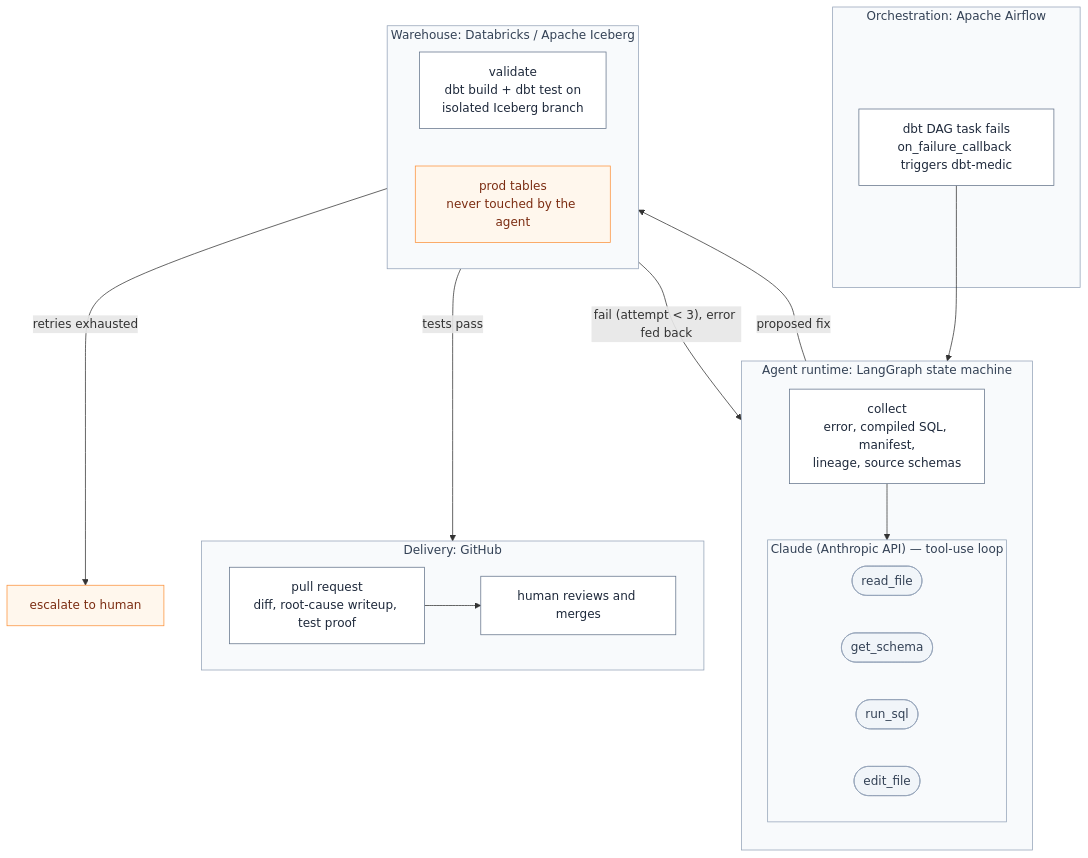
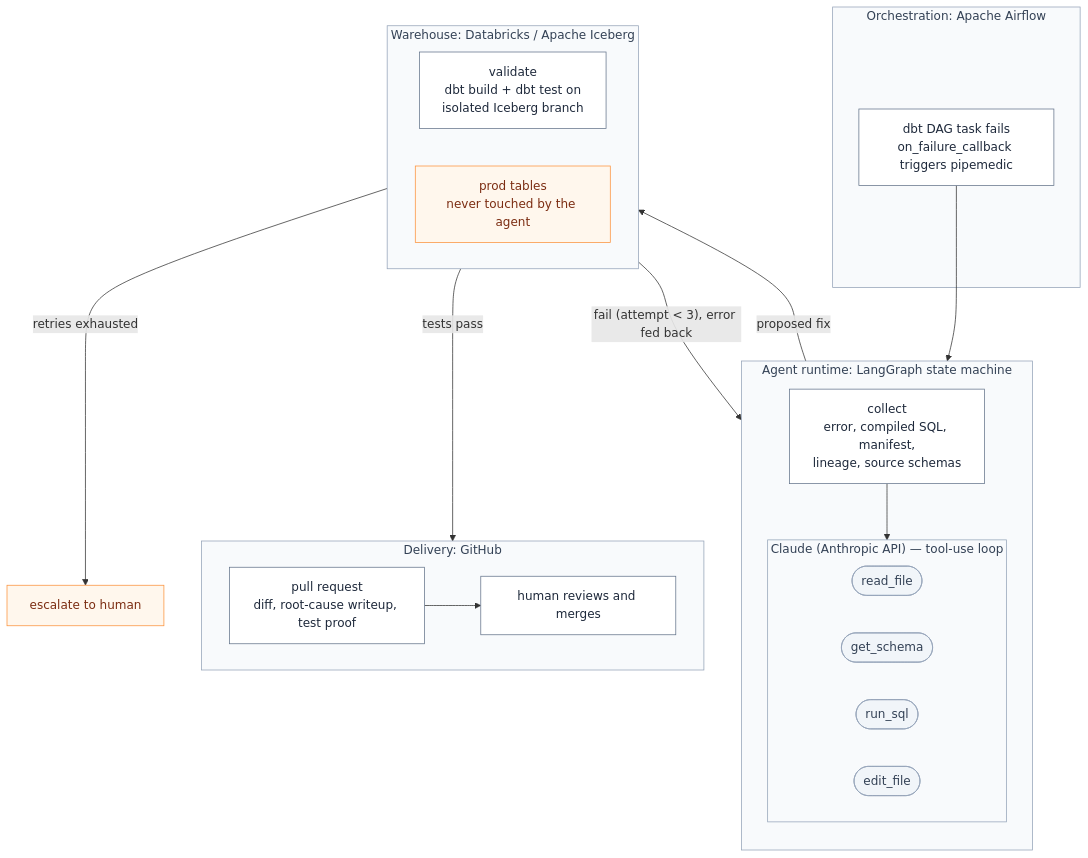
The diagram in README.md (kidskoding/pipemedic), drawn with Mermaid before and after one commit. The commit also changed other lines of this file and 22 other files, not shown here.

First line of the commit message:
Rename project dbt-medic -> pipemedic

````diff
--- a/README.md
+++ b/README.md
@@ -19,52 +19,52 @@
 ```mermaid
 flowchart TB
     subgraph ORCH ["Orchestration: Apache Airflow"]
-        AF["dbt DAG task fails<br/>on_failure_callback triggers dbt-medic"]
+        AF["dbt DAG task fails<br/>on_failure_callback triggers pipemedic"]
     end
 
     subgraph RUNTIME ["Agent runtime: LangGraph state machine"]
         direction TB
         COLLECT["collect<br/>error, compiled SQL, manifest,<br/>lineage, source schemas"]
 
         subgraph LLM ["Claude (Anthropic API) — tool-use loop"]
             direction LR
             T1(["read_file"])
             T2(["get_schema"])
             T3(["run_sql"])
             T4(["edit_file"])
         end
 
         COLLECT --> LLM
     end
 
     subgraph DBX ["Warehouse: Databricks / Apache Iceberg"]
         direction LR
         BR["validate<br/>dbt build + dbt test on<br/>isolated Iceberg branch"]
         PROD["prod tables<br/>never touched by the agent"]
     end
 
     subgraph GH ["Delivery: GitHub"]
         direction LR
         PR["pull request<br/>diff, root-cause writeup, test proof"]
         HUMAN["human reviews and merges"]
         PR --> HUMAN
     end
 
     ESC["escalate to human"]
 
     AF --> COLLECT
     LLM -- "proposed fix" --> BR
     BR -- "fail (attempt < 3), error fed back" --> LLM
     BR -- "tests pass" --> PR
     BR -- "retries exhausted" --> ESC
 
     classDef zone fill:#f8fafc,stroke:#94a3b8,color:#334155
     classDef node fill:#ffffff,stroke:#64748b,color:#1e293b
     classDef tool fill:#f1f5f9,stroke:#94a3b8,color:#334155
     classDef guard fill:#fff7ed,stroke:#fb923c,color:#7c2d12
 
     class ORCH,RUNTIME,LLM,DBX,GH zone
     class AF,COLLECT,BR,PR,HUMAN node
     class T1,T2,T3,T4 tool
     class PROD,ESC guard
 ```
````
